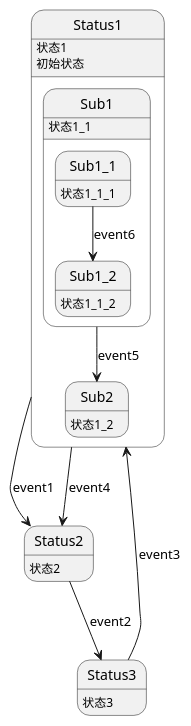
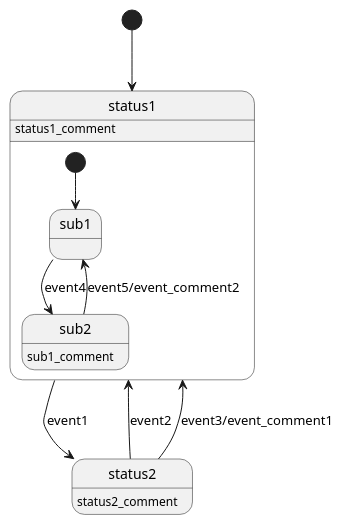
Before and after one commit to CYK-dot/BufferFlowX: the diagram in bfx/fsm/design.md, drawn with PlantUML. The commit also changed other lines of this file and 13 other files, not shown here.

```diff
--- a/bfx/fsm/design.md
+++ b/bfx/fsm/design.md
@@ -8,23 +25,17 @@
-@startuml 组件名称
-    ' 支持状态注释，生成C码中的/** */
-    Status1: 状态1
-    Status2: 状态2
-    Status3: 状态3
-    Status1: 初始状态
-    ' 支持基本的状态转换描述
-    Status1 --> Status2 : event1
-    Status2 --> Status3 : event2
-    Status3 --> Status1 : event3
-    Status1 --> Status2 : event4
-    ' 支持嵌套状态（todo）
-    state Status1 {
-        Sub1: 状态1_1
-        Sub2: 状态1_2
-        Sub1 --> Sub2 : event5
-        state Sub1 {
-            Sub1_1: 状态1_1_1
-            Sub1_2: 状态1_1_2
-            Sub1_1 --> Sub1_2 : event6
-        }
+@startuml exampleProj
+
+    status1: status1_comment
+    status2: status2_comment
+
+    [*] --> status1
+    status1 --> status2 : event1
+    status2 --> status1 : event2
+    status2 --> status1 : event3/event_comment1
+
+    state status1 {
+        [*] --> sub1
+        sub2: sub1_comment
+        sub1 --> sub2 : event4
+        sub2 --> sub1 : event5/event_comment2
     }
 @enduml
```
